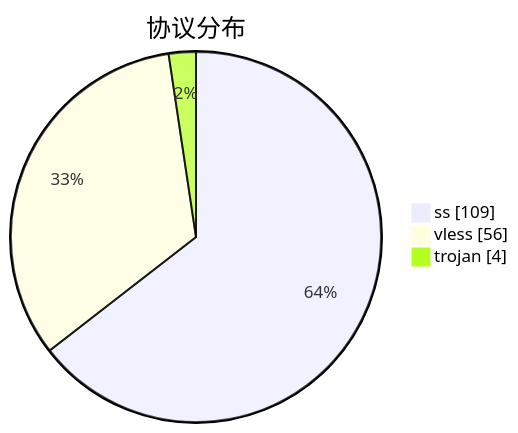
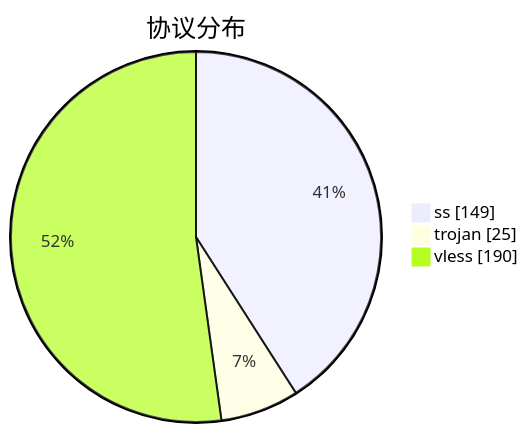
Before and after one commit to qjlxg/airport: the third of 3 diagrams in subs/statistics/tested_within.md, drawn with Mermaid. The commit also changed other lines of this file and 2 other files, not shown here.

````diff
--- a/subs/statistics/tested_within.md
+++ b/subs/statistics/tested_within.md
@@ -30,7 +38,7 @@
 ```mermaid
 pie showData
 title 协议分布
-"ss" : 109
-"vless" : 56
-"trojan" : 4
+"ss" : 149
+"trojan" : 25
+"vless" : 190
 ```
````
